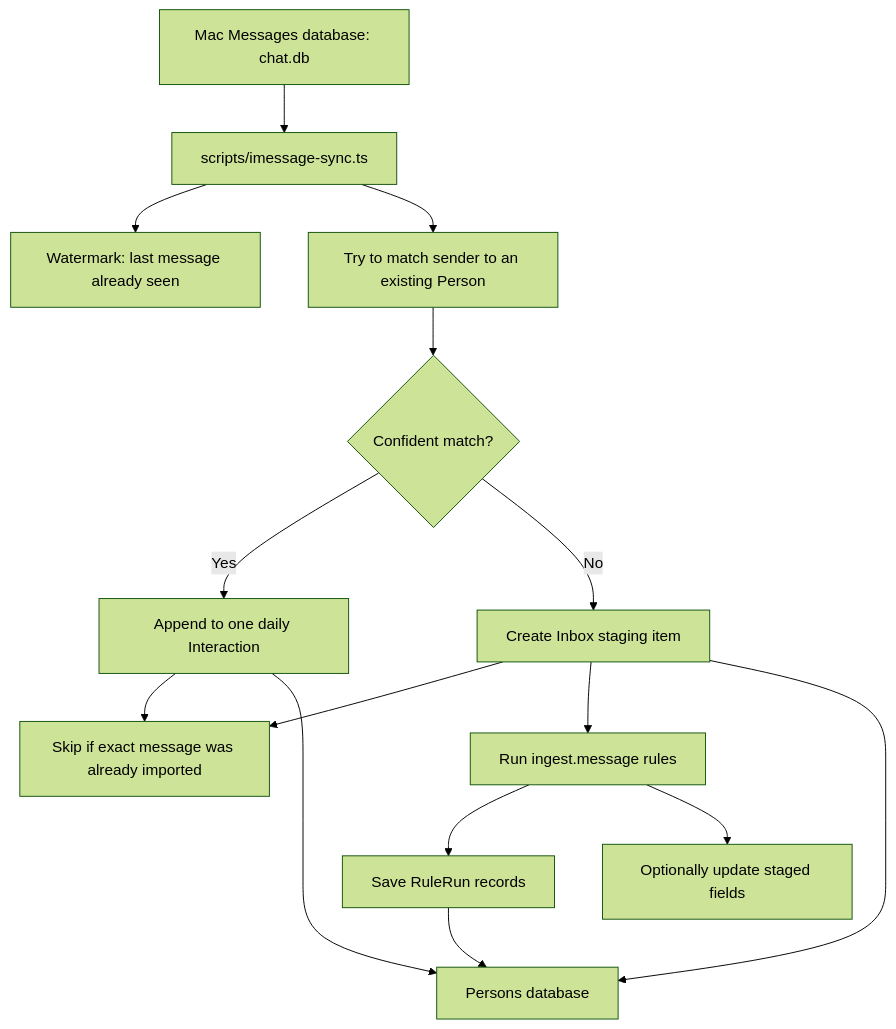
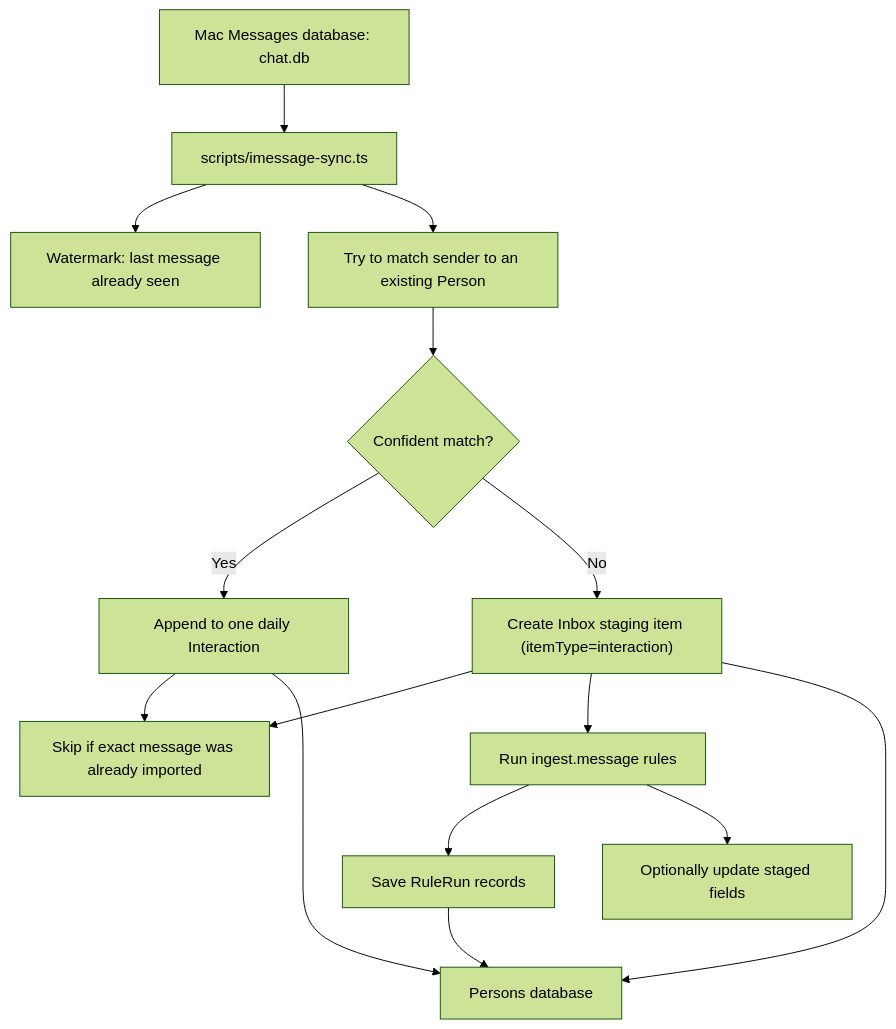
The third of 14 diagrams in docs/PERSONS_ARCHITECTURE.md (josephdfryer/life-os), drawn with Mermaid (forest theme) before and after one commit. The commit also changed other lines of this file and 12 other files, not shown here.

First line of the commit message:
feat: universal inbox — stageRecord command, itemType field, POST /api/v1/inbox

````diff
--- a/docs/PERSONS_ARCHITECTURE.md
+++ b/docs/PERSONS_ARCHITECTURE.md
@@ -110,21 +110,21 @@
 ```mermaid
 flowchart TD
   ChatDB["Mac Messages database: chat.db"] --> Watcher["scripts/imessage-sync.ts"]
   Watcher --> Watermark["Watermark: last message already seen"]
   Watcher --> Match["Try to match sender to an existing Person"]
 
   Match --> Known{"Confident match?"}
   Known -->|Yes| DailyInteraction["Append to one daily Interaction"]
-  Known -->|No| StagedInbox["Create Inbox staging item"]
+  Known -->|No| StagedInbox["Create Inbox staging item (itemType=interaction)"]
 
   DailyInteraction --> Dedupe["Skip if exact message was already imported"]
   StagedInbox --> Dedupe
 
   StagedInbox --> Rules["Run ingest.message rules"]
   Rules --> RuleRuns["Save RuleRun records"]
   Rules --> SafeUpdates["Optionally update staged fields"]
 
   DailyInteraction --> PersonsDB["Persons database"]
   StagedInbox --> PersonsDB
   RuleRuns --> PersonsDB
 ```
````
